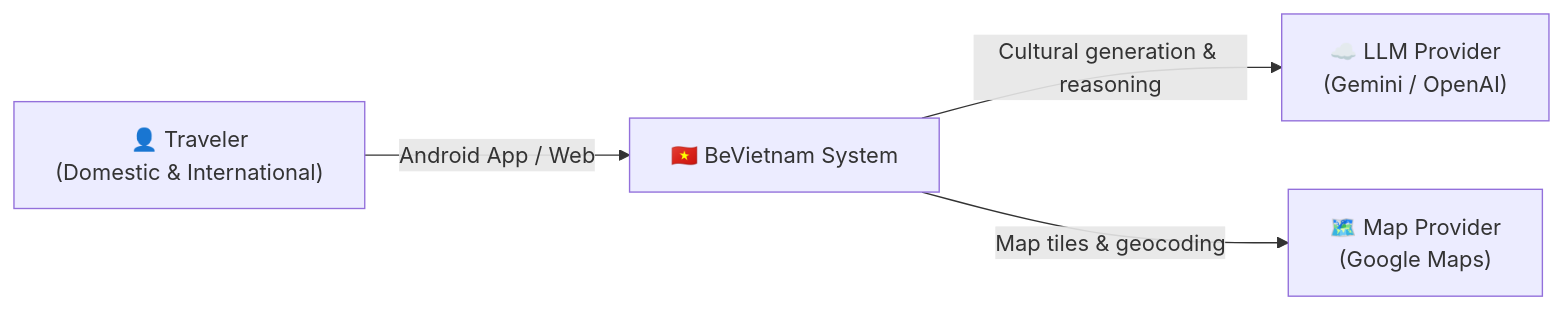
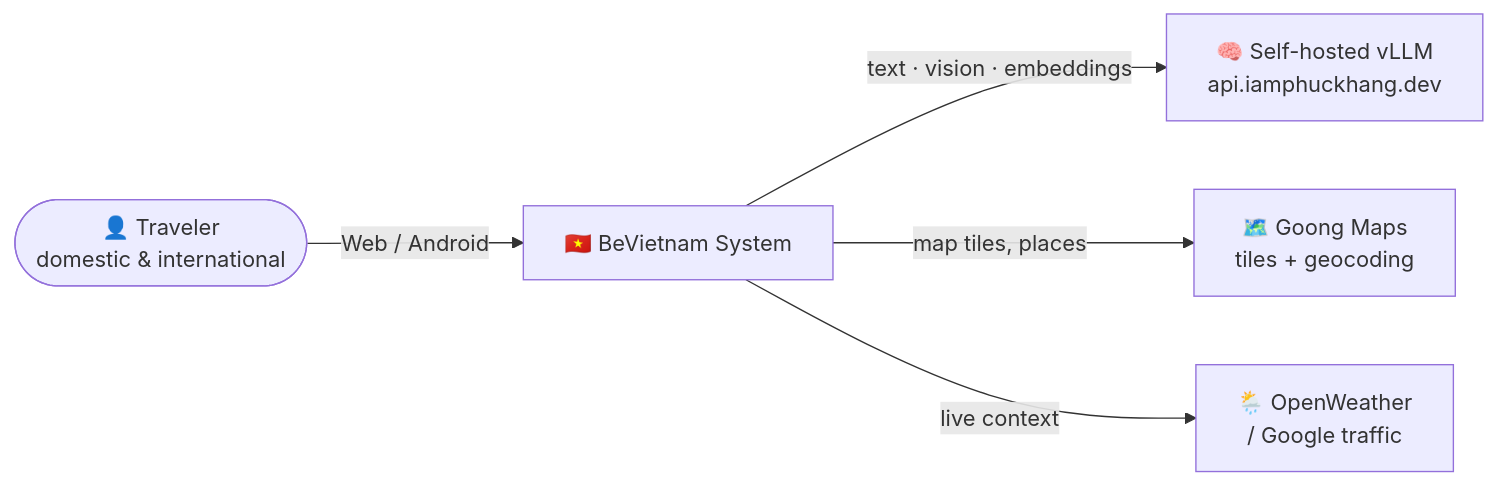
One commit to khang1108/BeVietnam changed the first of 4 diagrams in README.md. Above: the diagram before and after it, drawn with Mermaid. The commit also changed other lines of this file, not shown here.

````diff
--- a/README.md
+++ b/README.md
@@ -48,11 +56,13 @@
 ```mermaid
 flowchart LR
-    traveler["👤 Traveler\n(Domestic & International)"]
+    traveler(["👤 Traveler<br/>domestic & international"])
     bevietnam["🇻🇳 BeVietnam System"]
-    llm["☁️ LLM Provider\n(Gemini / OpenAI)"]
-    maps["🗺️ Map Provider\n(Google Maps)"]
+    vllm["🧠 Self-hosted vLLM<br/>api.iamphuckhang.dev"]
+    goong["🗺️ Goong Maps<br/>tiles + geocoding"]
+    weather["🌦️ OpenWeather<br/>/ Google traffic"]
 
-    traveler -->|Android App / Web| bevietnam
-    bevietnam -->|Cultural generation & reasoning| llm
-    bevietnam -->|Map tiles & geocoding| maps
+    traveler -->|Web / Android| bevietnam
+    bevietnam -->|text · vision · embeddings| vllm
+    bevietnam -->|map tiles, places| goong
+    bevietnam -->|live context| weather
 ```
````
